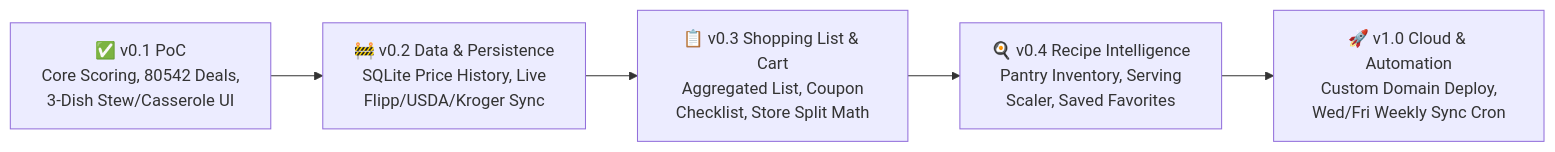
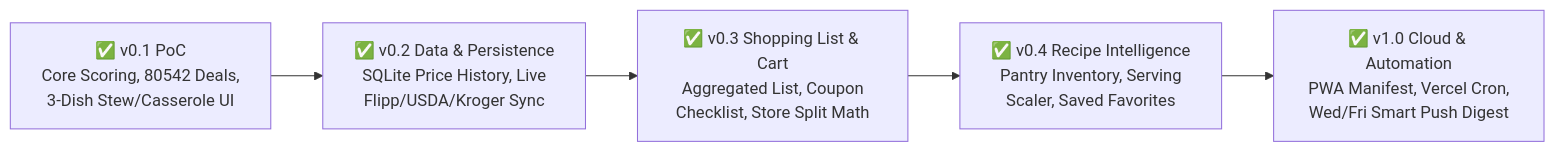
One commit to kchavez05/produce-price-tracker changed the diagram in ROADMAP.md. Above: the diagram before and after it, drawn with Mermaid. The commit also changed other lines of this file and 8 other files, not shown here.

Commit message:
Complete Milestone v1.0: Mobile PWA manifest, Vercel cron config, /api/cron/weekly-sync Smart Push Notification payloads & Friday Weekend Digest (Closes #11, #12)

````diff
--- a/ROADMAP.md
+++ b/ROADMAP.md
@@ -5,7 +5,7 @@
 ```mermaid
 flowchart LR
-    M0["✅ v0.1 PoC\nCore Scoring, 80542 Deals,\n3-Dish Stew/Casserole UI"] --> M1["🚧 v0.2 Data & Persistence\nSQLite Price History, Live\nFlipp/USDA/Kroger Sync"]
-    M1 --> M2["📋 v0.3 Shopping List & Cart\nAggregated List, Coupon\nChecklist, Store Split Math"]
-    M2 --> M3["🍳 v0.4 Recipe Intelligence\nPantry Inventory, Serving\nScaler, Saved Favorites"]
-    M3 --> M4["🚀 v1.0 Cloud & Automation\nCustom Domain Deploy,\nWed/Fri Weekly Sync Cron"]
+    M0["✅ v0.1 PoC\nCore Scoring, 80542 Deals,\n3-Dish Stew/Casserole UI"] --> M1["✅ v0.2 Data & Persistence\nSQLite Price History, Live\nFlipp/USDA/Kroger Sync"]
+    M1 --> M2["✅ v0.3 Shopping List & Cart\nAggregated List, Coupon\nChecklist, Store Split Math"]
+    M2 --> M3["✅ v0.4 Recipe Intelligence\nPantry Inventory, Serving\nScaler, Saved Favorites"]
+    M3 --> M4["✅ v1.0 Cloud & Automation\nPWA Manifest, Vercel Cron,\nWed/Fri Smart Push Digest"]
 ```
````
